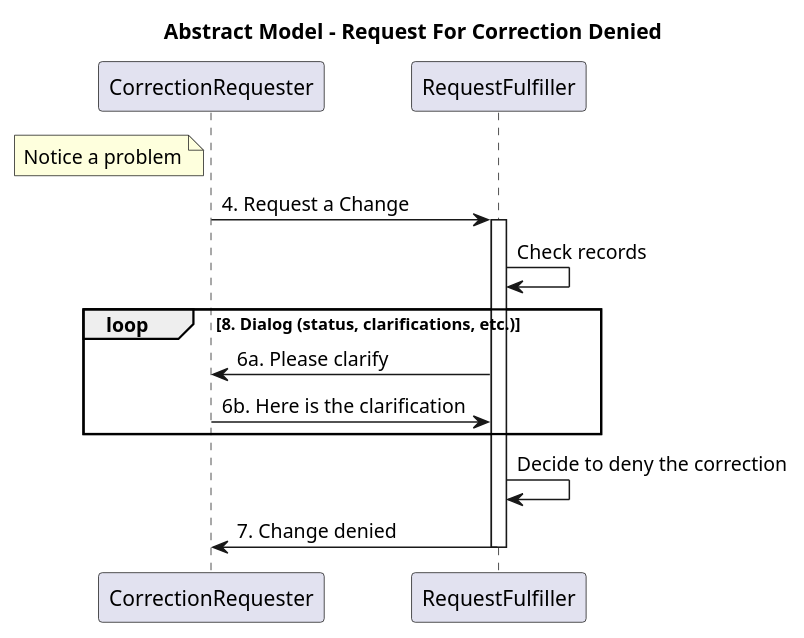
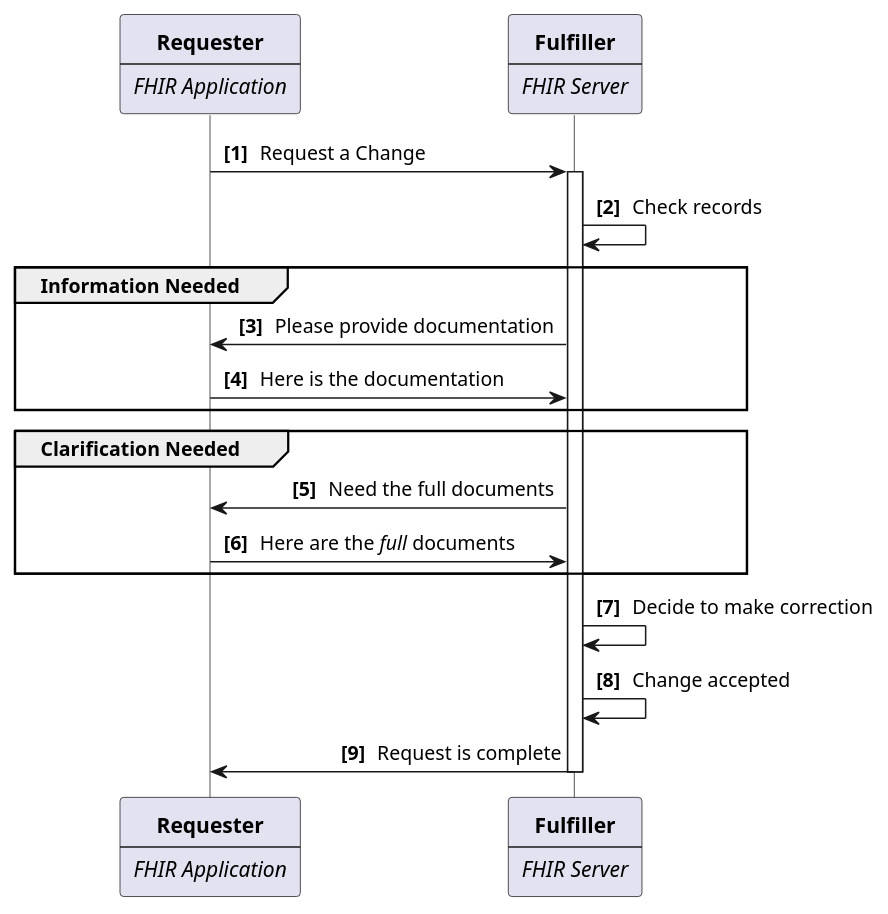
One commit to HL7/fhir-patient-correction changed the diagram in input/images-source/use-case-2.plantuml. Above: the diagram before and after it, drawn with PlantUML. The commit also changed 9 other files, not shown here.

```diff
--- a/input/images-source/use-case-2.plantuml
+++ b/input/images-source/use-case-2.plantuml
@@ -1,20 +1,40 @@
 @startuml
-title Abstract Model - Request For Correction Denied
+skinparam DefaultTextAlignment center
+skinparam SequenceMessageAlignment direction
+skinparam Padding 2
+skinparam ParticipantPadding 60
+skinparam LifelineStrategy solid
+autonumber "<b>[###]</b>"
 
-note left of CorrectionRequester
-Notice a problem
-end note
-CorrectionRequester->RequestFulfiller : 4. Request a Change
-Activate RequestFulfiller
-RequestFulfiller->RequestFulfiller : Check records
+participant R [
+  **Requester**
+  ----
+  //FHIR Application//
+]
+participant F [
+  **Fulfiller**
+  ----
+  //FHIR Server//
+]
 
-loop 8. Dialog (status, clarifications, etc.)
-   RequestFulfiller->CorrectionRequester : 6a. Please clarify
-   CorrectionRequester->RequestFulfiller : 6b. Here is the clarification
-end
+R->F : Request a Change
 
-RequestFulfiller->RequestFulfiller : Decide to deny the correction
-RequestFulfiller->CorrectionRequester : 7. Change denied
-Deactivate RequestFulfiller
+Activate F
+  F->F : Check records
+
+  group Information Needed
+    F->R : Please provide documentation
+    R->F : Here is the documentation
+  end
+
+  group Clarification Needed
+    F->R : Need the full documents
+    R->F : Here are the //full// documents
+  end
+
+  F->F : Decide to make correction
+  F->F : Change accepted
+  F->R : Request is complete
+Deactivate F
 
 @enduml
```
